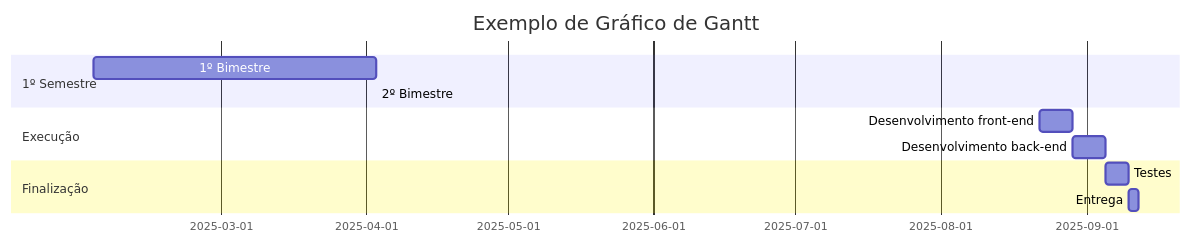
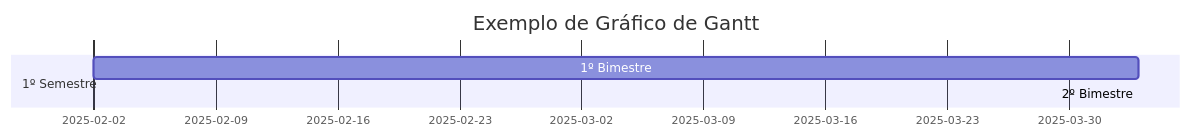
One commit to ramtrigodev/grafico_gant changed the first of 3 diagrams in README.md. Above: the diagram before and after it, drawn with Mermaid.

````diff
--- a/README.md
+++ b/README.md
@@ -2,14 +2,9 @@
 ```mermaid
 gantt
     title Exemplo de Gráfico de Gantt
     dateFormat  DD-MM-YYYY
     section 1º Semestre
     1º Bimestre :a1, 2025-02-02, 60d
    2º Bimestre  :a2, after a1, 60 D
-    section Execução
-    Desenvolvimento front-end   :b1, 2025-08-22, 7d
-    Desenvolvimento back-end    :b2, after b1, 7d
-    section Finalização
-    Testes                      :c1, 2025-09-05, 5d
-    Entrega                     :c2, after c1, 2d
+  
 ```
````
